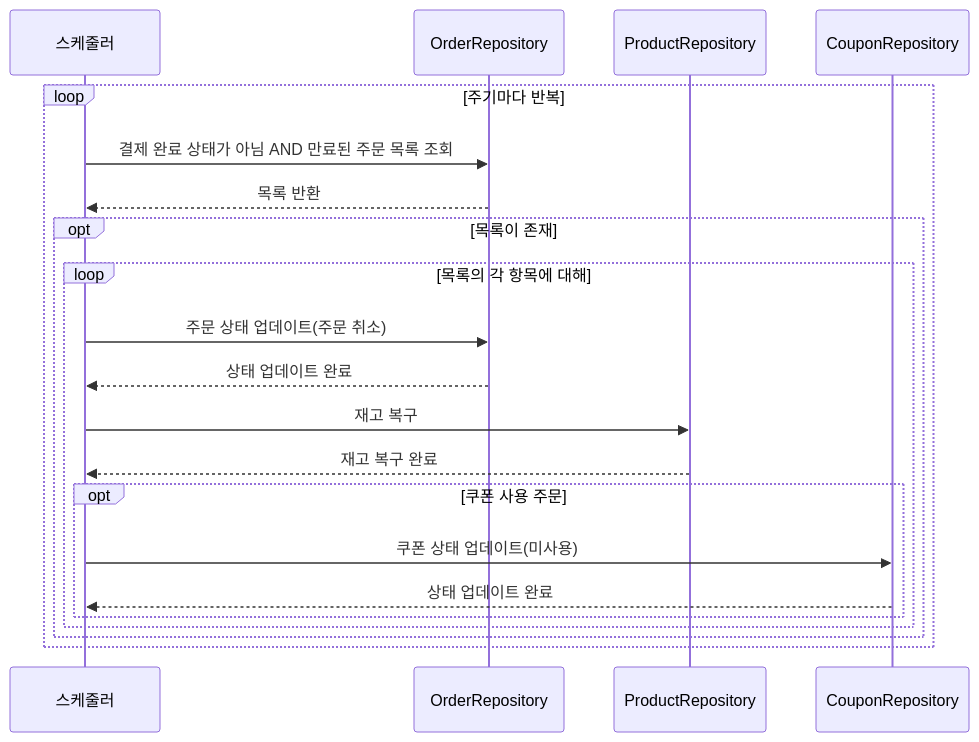
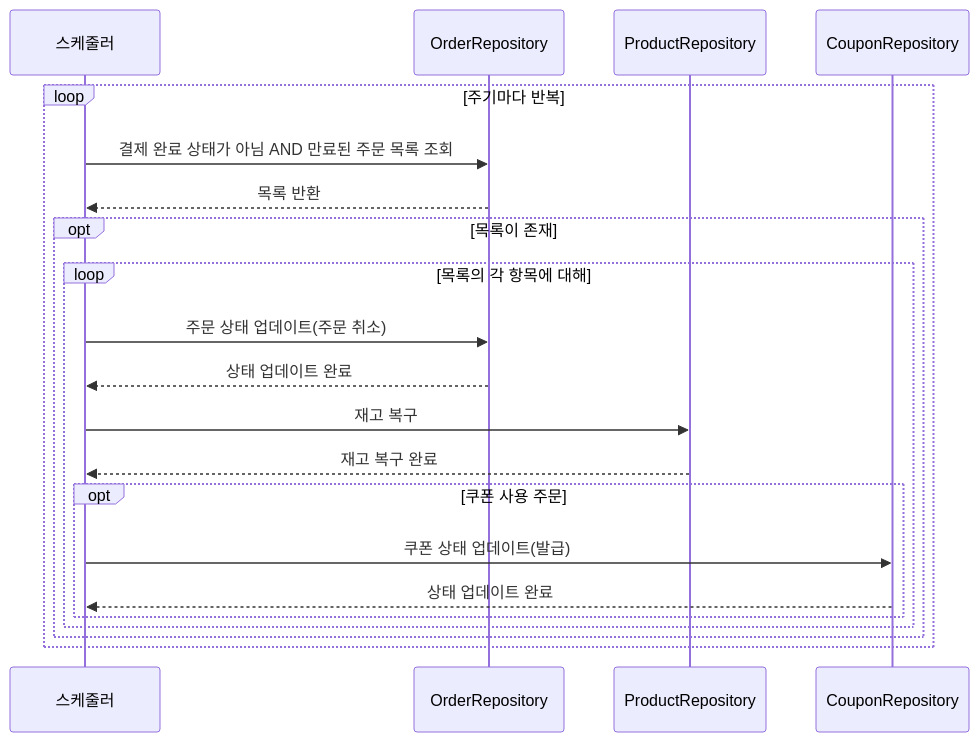
The second of 2 diagrams in docs/diagram/Order-SequenceDiagram.md (letter333/hhplus-be9-commerce), drawn with Mermaid before and after one commit. The commit also changed other lines of this file and 2 other files, not shown here.

Commit message:
docs: 시퀀스 다이어그램 수정

````diff
--- a/docs/diagram/Order-SequenceDiagram.md
+++ b/docs/diagram/Order-SequenceDiagram.md
@@ -55,27 +57,27 @@
 ```mermaid
 sequenceDiagram
     participant Scheduler as 스케줄러
     participant OrderRepository
     participant ProductRepository
     participant CouponRepository
     
     loop 주기마다 반복
         Scheduler->>OrderRepository: 결제 완료 상태가 아님 AND 만료된 주문 목록 조회
         OrderRepository-->>Scheduler: 목록 반환
         
         opt 목록이 존재
             loop 목록의 각 항목에 대해
                 Scheduler->>OrderRepository: 주문 상태 업데이트(주문 취소)
                 OrderRepository-->>Scheduler: 상태 업데이트 완료
                 
                 Scheduler->>ProductRepository: 재고 복구
                 ProductRepository-->>Scheduler: 재고 복구 완료
                 
                 opt 쿠폰 사용 주문
-                    Scheduler->>CouponRepository: 쿠폰 상태 업데이트(미사용)
+                    Scheduler->>CouponRepository: 쿠폰 상태 업데이트(발급)
                     CouponRepository-->>Scheduler: 상태 업데이트 완료
                 end
             end
         end
     end
 ```
````
